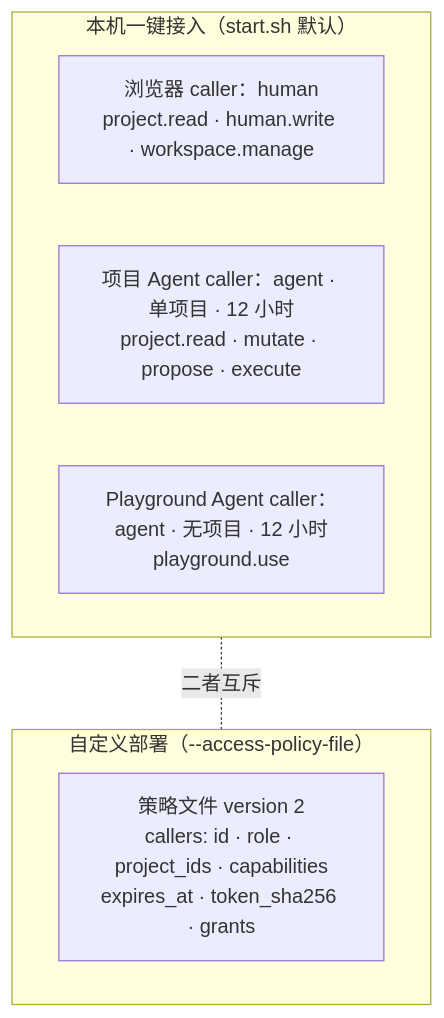
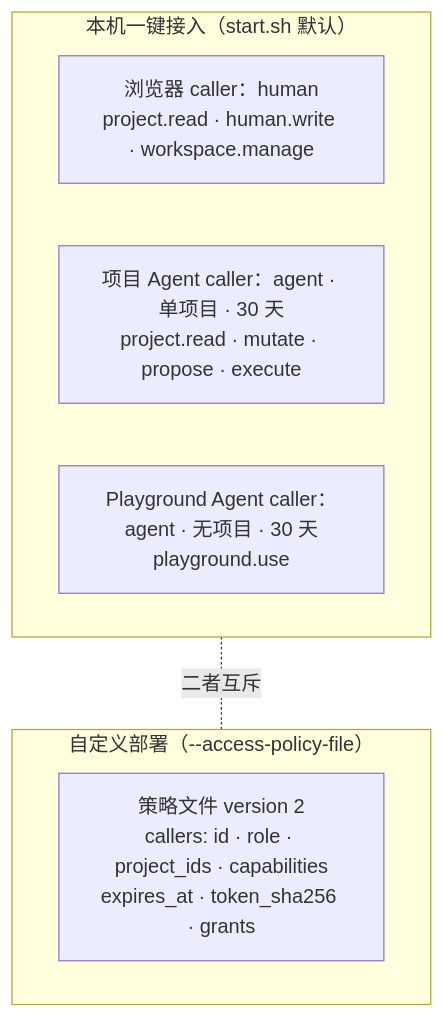
One commit to LJXLJXLJX/StoryRail changed the second of 3 diagrams in docs/external-agents.md. Above: the diagram before and after it, drawn with Mermaid. The commit also changed other lines of this file and 6 other files, not shown here.

````diff
--- a/docs/external-agents.md
+++ b/docs/external-agents.md
@@ -69,12 +69,12 @@
 ```mermaid
 flowchart TB
     subgraph local[本机一键接入（start.sh 默认）]
         lc1[浏览器 caller：human<br/>project.read · human.write · workspace.manage]
-        lc2[项目 Agent caller：agent · 单项目 · 12 小时<br/>project.read · mutate · propose · execute]
-        lc3[Playground Agent caller：agent · 无项目 · 12 小时<br/>playground.use]
+        lc2[项目 Agent caller：agent · 单项目 · 30 天<br/>project.read · mutate · propose · execute]
+        lc3[Playground Agent caller：agent · 无项目 · 30 天<br/>playground.use]
     end
     subgraph custom[自定义部署（--access-policy-file）]
         cp[策略文件 version 2<br/>callers: id · role · project_ids · capabilities<br/>expires_at · token_sha256 · grants]
     end
     local -. 二者互斥 .- custom
 ```
````
